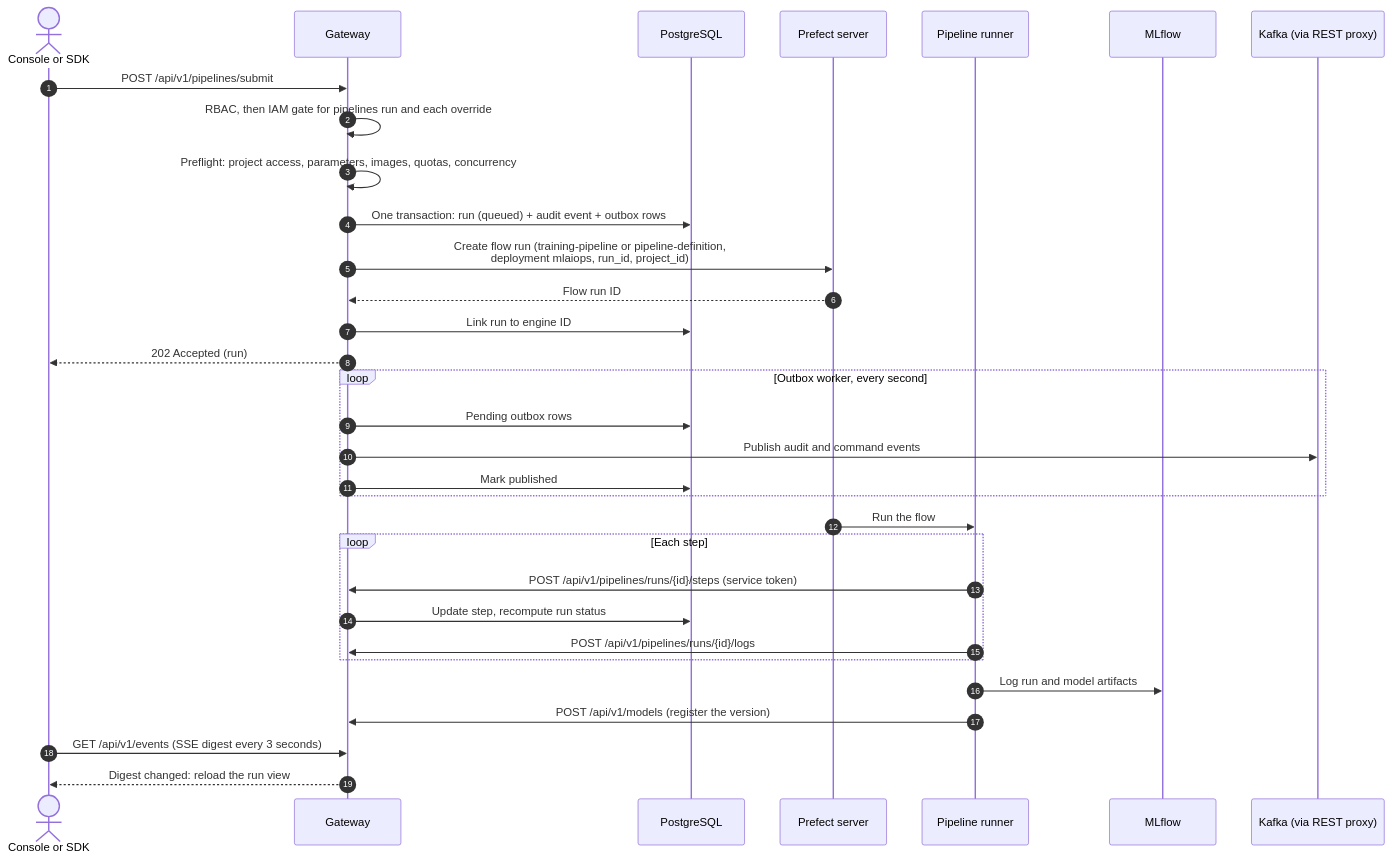
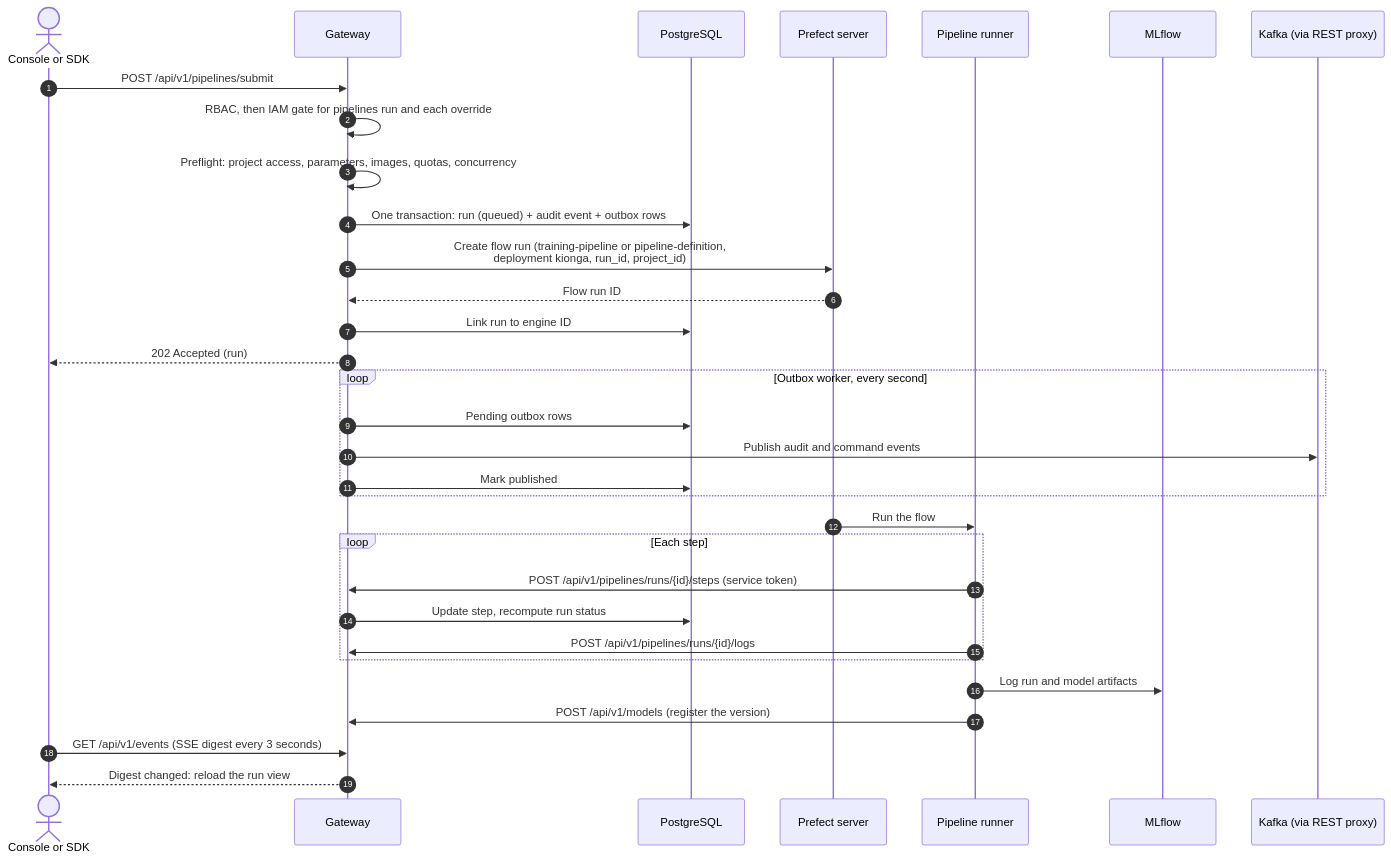
Before and after one commit to kiongahq/docs: the second of 4 diagrams in engineering/docs/architecture/06-runtime-view.md, drawn with Mermaid. The commit also changed other lines of this file and 64 other files, not shown here.

First line of the commit message:
feat!: rename mlaiops to kionga (#55)

````diff
--- a/engineering/docs/architecture/06-runtime-view.md
+++ b/engineering/docs/architecture/06-runtime-view.md
@@ -73,34 +73,34 @@
 ```mermaid
 sequenceDiagram
     autonumber
     actor U as Console or SDK
     participant G as Gateway
     participant P as PostgreSQL
     participant F as Prefect server
     participant R as Pipeline runner
     participant M as MLflow
     participant K as Kafka (via REST proxy)
     U->>G: POST /api/v1/pipelines/submit
     G->>G: RBAC, then IAM gate for pipelines run and each override
     G->>G: Preflight: project access, parameters, images, quotas, concurrency
     G->>P: One transaction: run (queued) + audit event + outbox rows
-    G->>F: Create flow run (training-pipeline or pipeline-definition,<br/>deployment mlaiops, run_id, project_id)
+    G->>F: Create flow run (training-pipeline or pipeline-definition,<br/>deployment kionga, run_id, project_id)
     F-->>G: Flow run ID
     G->>P: Link run to engine ID
     G-->>U: 202 Accepted (run)
     loop Outbox worker, every second
         G->>P: Pending outbox rows
         G->>K: Publish audit and command events
         G->>P: Mark published
     end
     F->>R: Run the flow
     loop Each step
         R->>G: POST /api/v1/pipelines/runs/{id}/steps (service token)
         G->>P: Update step, recompute run status
         R->>G: POST /api/v1/pipelines/runs/{id}/logs
     end
     R->>M: Log run and model artifacts
     R->>G: POST /api/v1/models (register the version)
     U->>G: GET /api/v1/events (SSE digest every 3 seconds)
     G-->>U: Digest changed: reload the run view
 ```
````
